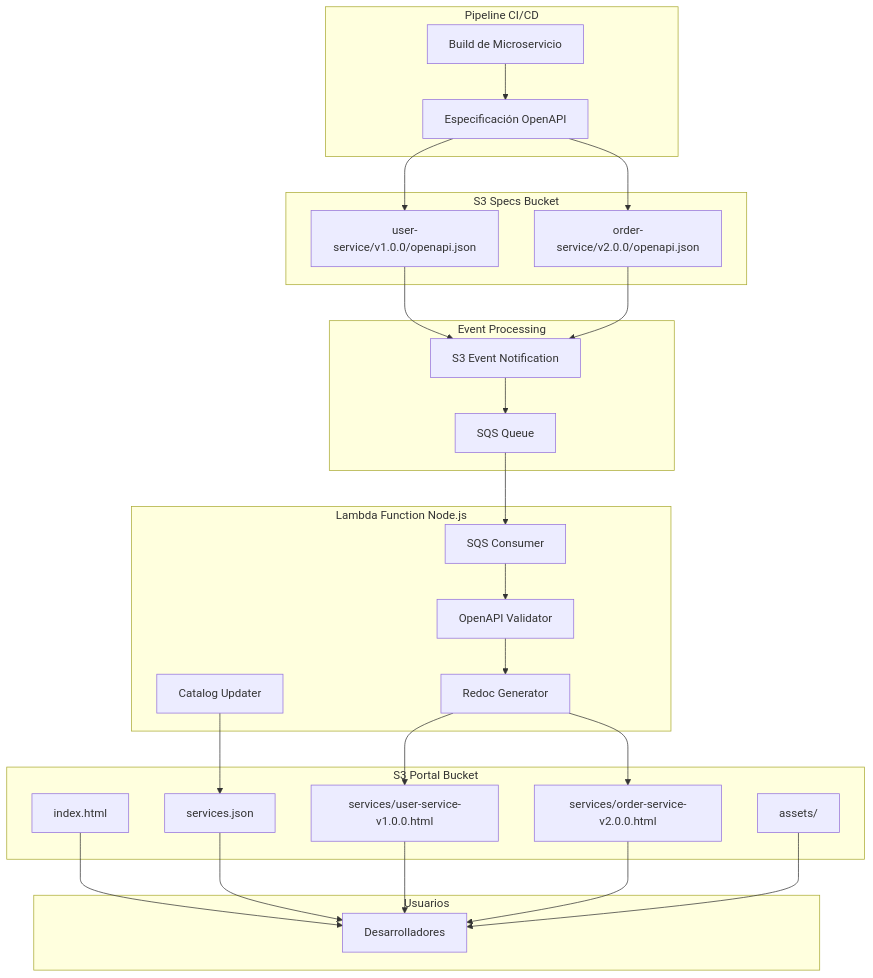
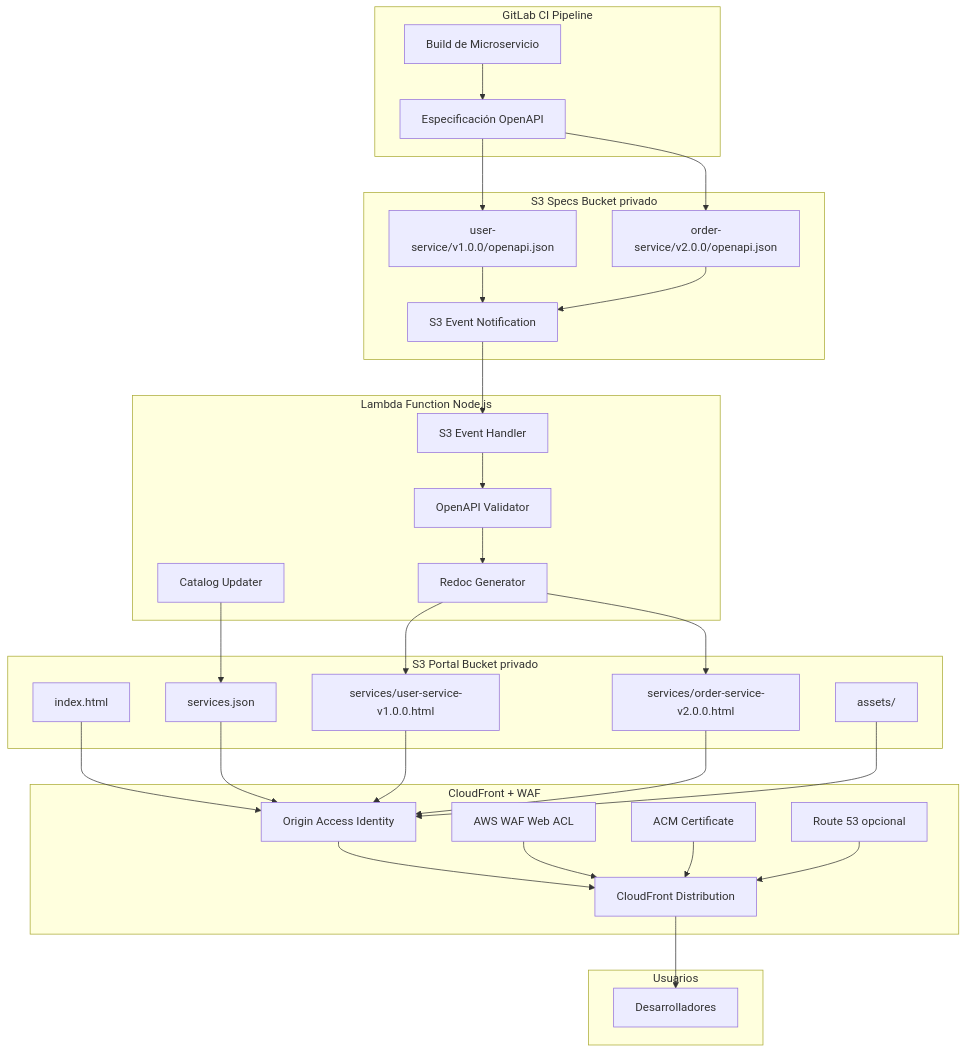
One commit to leivajandro/developer-portal changed the diagram in .kiro/specs/developer-portal-api/design.md. Above: the diagram before and after it, drawn with Mermaid. The commit also changed other lines of this file and 2 other files, not shown here.

First line of the commit message:
docs(developer-portal-api): update design and tasks specifications

````diff
--- a/.kiro/specs/developer-portal-api/design.md
+++ b/.kiro/specs/developer-portal-api/design.md
@@ -32,54 +37,62 @@
 ```mermaid
 graph TB
-    subgraph "Pipeline CI/CD"
+    subgraph "GitLab CI Pipeline"
         A[Build de Microservicio]
         B[Especificación OpenAPI]
     end
     
-    subgraph "S3 Specs Bucket"
+    subgraph "S3 Specs Bucket privado"
         C[user-service/v1.0.0/openapi.json]
         D[order-service/v2.0.0/openapi.json]
-    end
-    
-    subgraph "Event Processing"
         E[S3 Event Notification]
-        F[SQS Queue]
     end
     
     subgraph "Lambda Function Node.js"
-        G[SQS Consumer]
-        H[OpenAPI Validator]
-        I[Redoc Generator]
-        J[Catalog Updater]
+        F[S3 Event Handler]
+        G[OpenAPI Validator]
+        H[Redoc Generator]
+        I[Catalog Updater]
     end
     
-    subgraph "S3 Portal Bucket"
-        K[index.html]
-        L[services.json]
-        M[services/user-service-v1.0.0.html]
-        N[services/order-service-v2.0.0.html]
-        O[assets/]
+    subgraph "S3 Portal Bucket privado"
+        J[index.html]
+        K[services.json]
+        L[services/user-service-v1.0.0.html]
+        M[services/order-service-v2.0.0.html]
+        N[assets/]
+    end
+    
+    subgraph "CloudFront + WAF"
+        O[AWS WAF Web ACL]
+        P[CloudFront Distribution]
+        Q[Origin Access Identity]
+        R[ACM Certificate]
+        S[Route 53 opcional]
     end
     
     subgraph "Usuarios"
-        P[Desarrolladores]
+        T[Desarrolladores]
     end
     
     A --> B
     B --> C
     B --> D
     C --> E
     D --> E
     E --> F
     F --> G
     G --> H
-    H --> I
-    I --> M
-    I --> N
-    J --> L
-    K --> P
-    L --> P
-    M --> P
-    N --> P
+    H --> L
+    H --> M
+    I --> K
+    J --> Q
+    K --> Q
+    L --> Q
+    M --> Q
+    N --> Q
+    Q --> P
     O --> P
+    R --> P
+    S --> P
+    P --> T
 ```
````
